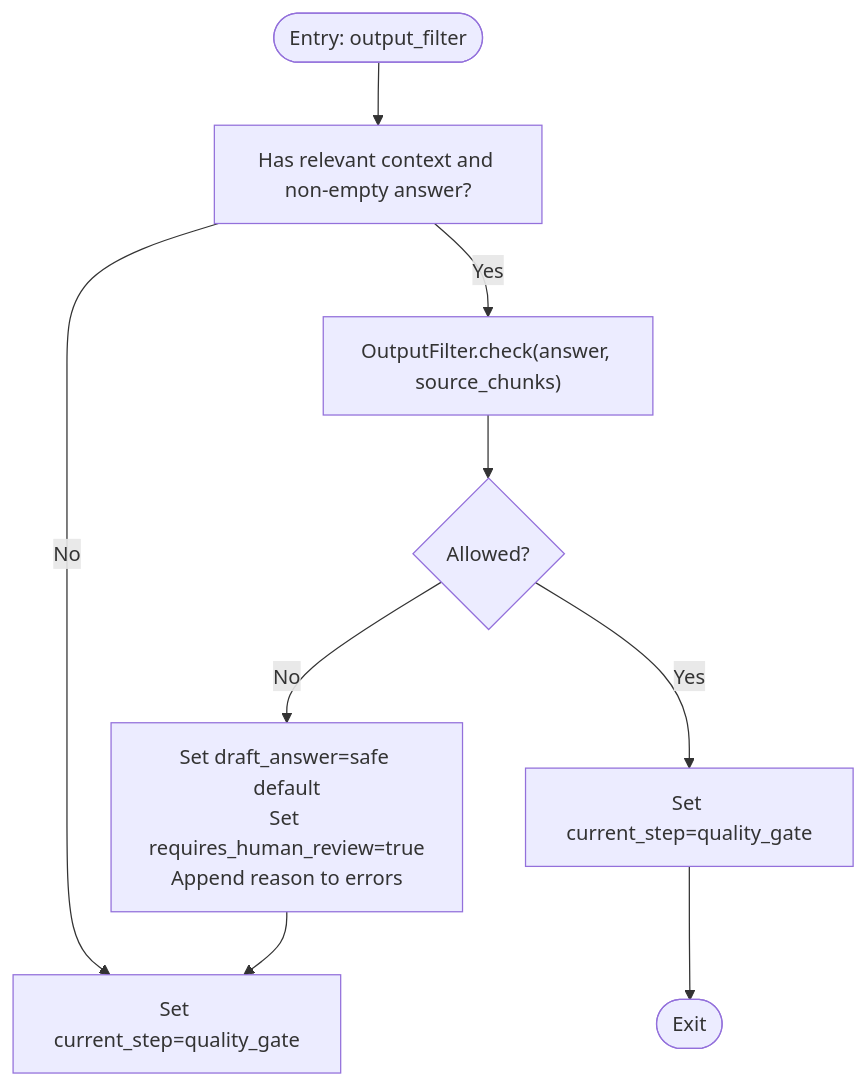
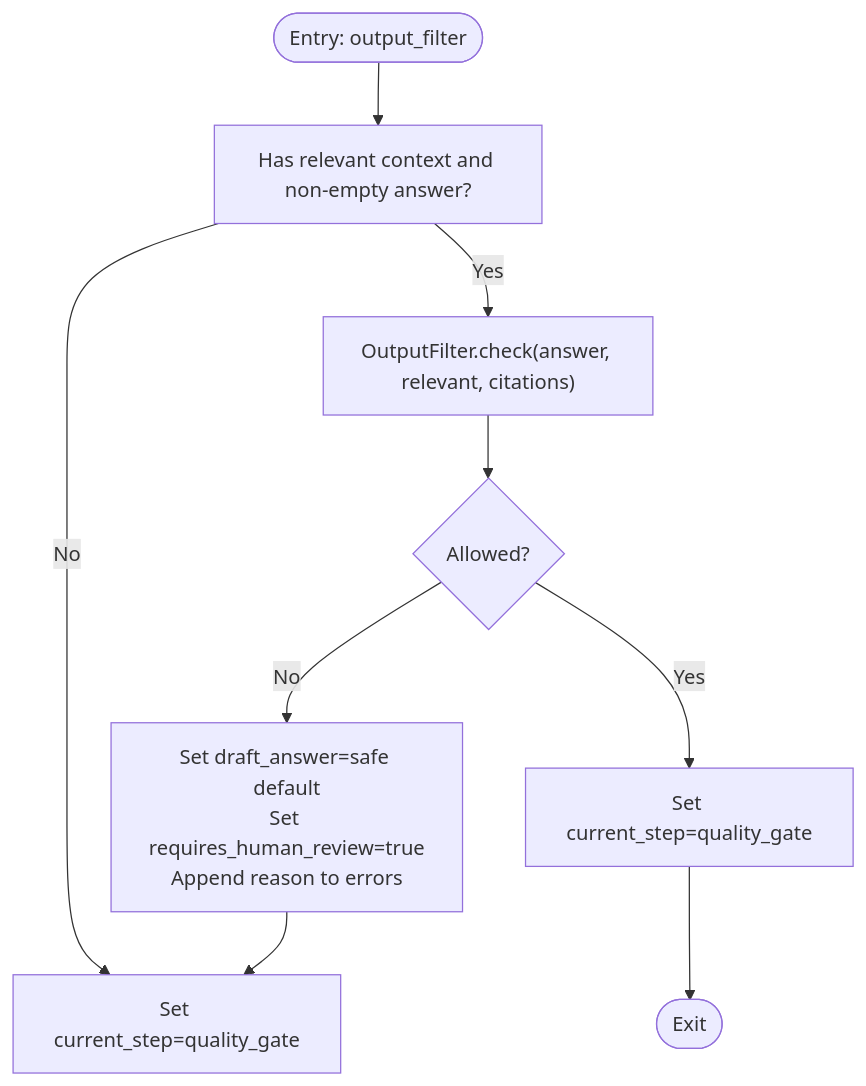
One commit to genes8/private-ai changed diagram 11 of 15 in .qoder/repowiki/en/content/AI Agent Pipeline/LangGraph State Machine.md. Above: the diagram before and after it, drawn with Mermaid. The commit also changed other lines of this file and 101 other files, not shown here.

````diff
--- a/.qoder/repowiki/en/content/AI Agent Pipeline/LangGraph State Machine.md
+++ b/.qoder/repowiki/en/content/AI Agent Pipeline/LangGraph State Machine.md
@@ -467,11 +469,11 @@
 ```mermaid
 flowchart TD
 Start(["Entry: output_filter"]) --> CheckCtx["Has relevant context and non-empty answer?"]
 CheckCtx --> |No| ToGate["Set current_step=quality_gate"]
-CheckCtx --> |Yes| Guard["OutputFilter.check(answer, source_chunks)"]
+CheckCtx --> |Yes| Guard["OutputFilter.check(answer, relevant, citations)"]
 Guard --> Allowed{"Allowed?"}
 Allowed --> |No| Block["Set draft_answer=safe default<br/>Set requires_human_review=true<br/>Append reason to errors"]
 Allowed --> |Yes| ToGate2["Set current_step=quality_gate"]
 Block --> ToGate
 ToGate2 --> End(["Exit"])
 ```
````
